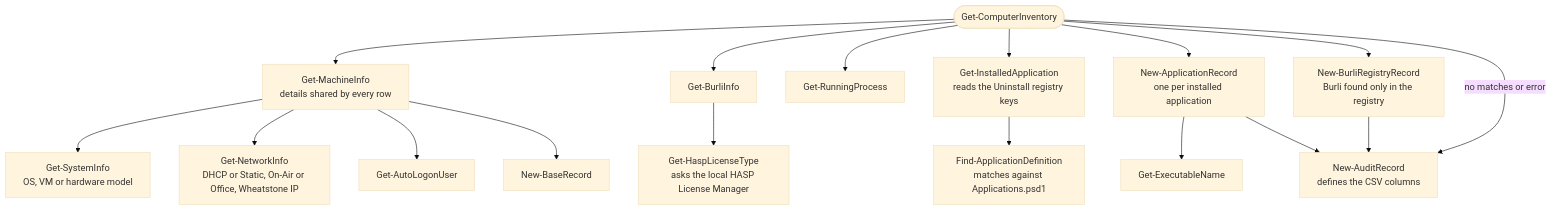
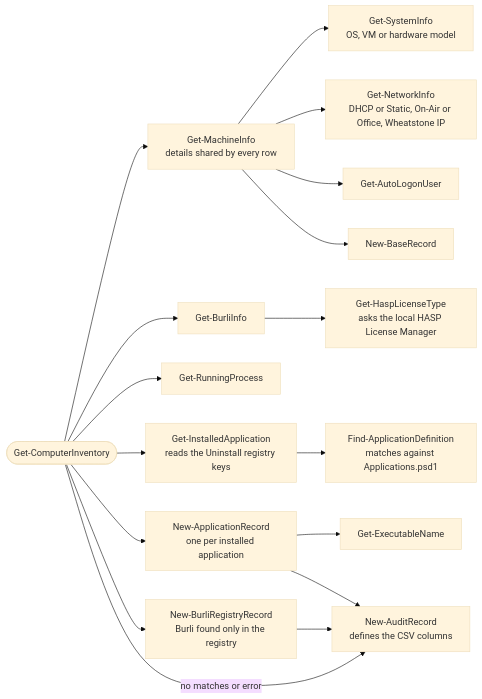
The second of 2 diagrams in README.md (Shawn-Nichol/PowerShell-Asset-Inventory), drawn with Mermaid (base theme) before and after one commit.

Commit message:
Lay out per-computer diagram left to right

````diff
--- a/README.md
+++ b/README.md
@@ -175,27 +175,27 @@
 ```mermaid
-flowchart TD
+flowchart LR
     Inv(["Get-ComputerInventory"])
 
     Inv --> Machine["Get-MachineInfo<br/>details shared by every row"]
     Machine --> Sys["Get-SystemInfo<br/>OS, VM or hardware model"]
     Machine --> NetInfo["Get-NetworkInfo<br/>DHCP or Static, On-Air or Office, Wheatstone IP"]
     Machine --> User["Get-AutoLogonUser"]
     Machine --> Base["New-BaseRecord"]
 
     Inv --> Burli["Get-BurliInfo"]
     Burli --> Hasp["Get-HaspLicenseType<br/>asks the local HASP License Manager"]
 
     Inv --> Proc["Get-RunningProcess"]
 
     Inv --> Installed["Get-InstalledApplication<br/>reads the Uninstall registry keys"]
     Installed --> Find["Find-ApplicationDefinition<br/>matches against Applications.psd1"]
 
     Inv --> AppRec["New-ApplicationRecord<br/>one per installed application"]
     AppRec --> Exe["Get-ExecutableName"]
     AppRec --> Audit["New-AuditRecord<br/>defines the CSV columns"]
 
     Inv --> BurliRec["New-BurliRegistryRecord<br/>Burli found only in the registry"]
     BurliRec --> Audit
 
     Inv -->|no matches or error| Audit
 ```
````
